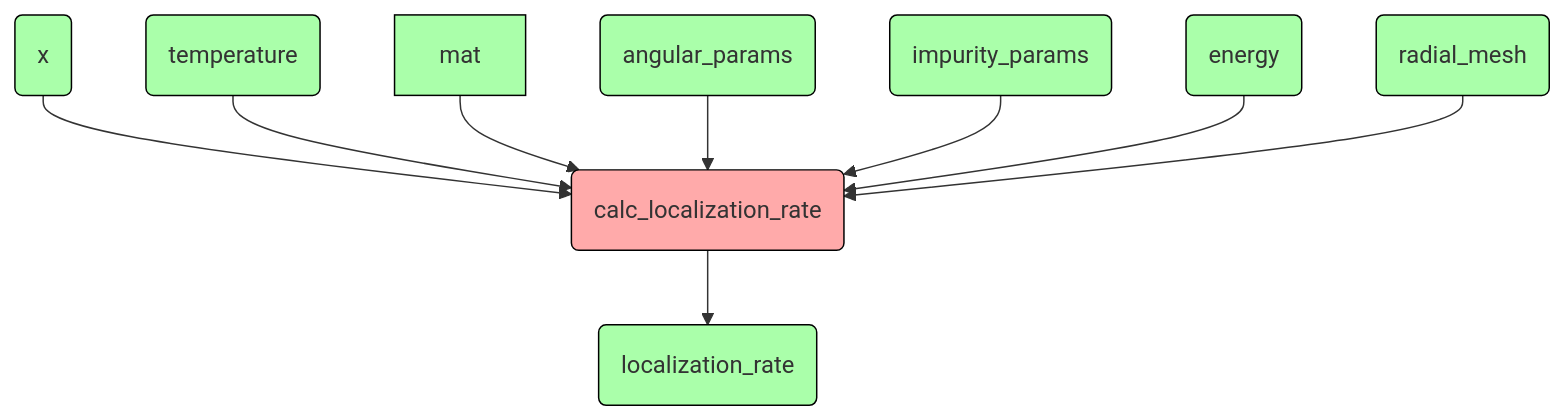
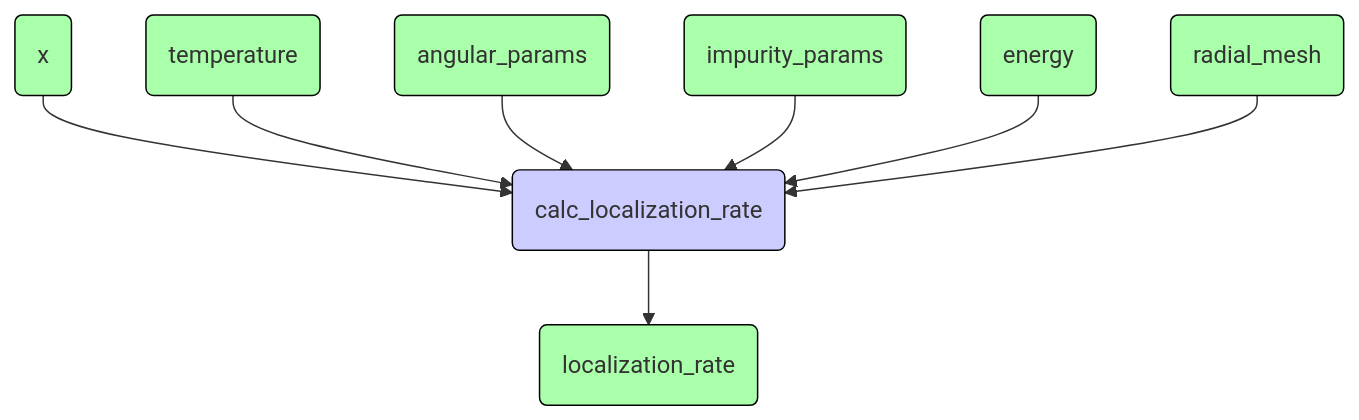
One commit to MaksimZh/hw changed the first of 8 diagrams in 04_design_vision/design_vision.md. Above: the diagram before and after it, drawn with Mermaid. The commit also changed other lines of this file, not shown here.

````diff
--- a/04_design_vision/design_vision.md
+++ b/04_design_vision/design_vision.md
@@ -66,16 +66,15 @@
 ```mermaid
 graph TD
     x(x) --> clr(calc_localization_rate)
     t(temperature) --> clr
-    mat --> clr
     ang(angular_params) --> clr
     imp(impurity_params) --> clr
     en(energy) --> clr
     rad(radial_mesh) --> clr
     clr --> lr(localization_rate)
 
-    classDef data fill:#afa, stroke:#000
-    classDef proc fill:#faa, stroke:#000
-    class x,t,mat,imp,ang,en,rad,lr data
+    classDef value fill:#afa, stroke:#000
+    classDef proc fill:#ccf, stroke:#000
+    class x,t,imp,ang,en,rad,lr value
     class clr proc
 ```
````
